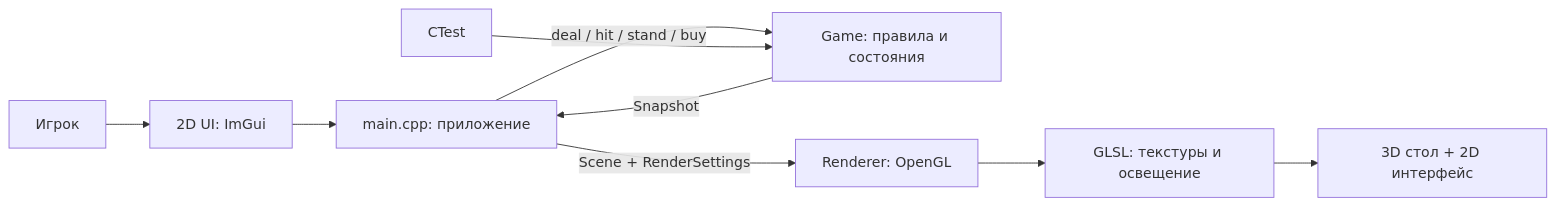
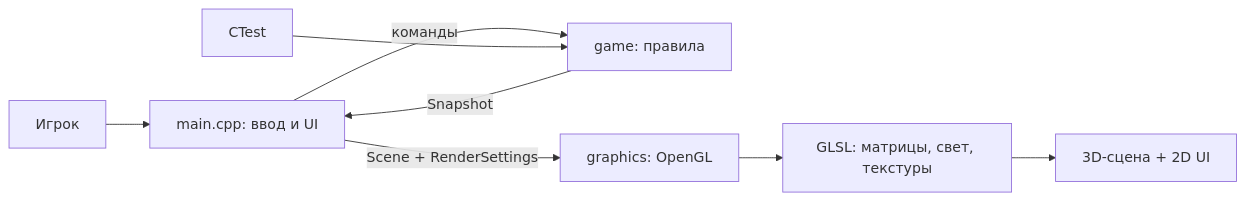
One commit to F1j1tun1/Final-Project-CGF changed the first of 2 diagrams in docs/ARCHITECTURE.md. Above: the diagram before and after it, drawn with Mermaid. The commit also changed other lines of this file and 27 other files, not shown here.

````diff
--- a/docs/ARCHITECTURE.md
+++ b/docs/ARCHITECTURE.md
@@ -20,11 +16,10 @@
 ```mermaid
 flowchart LR
-    User[Игрок] --> UI[2D UI: ImGui]
-    UI --> App[main.cpp: приложение]
-    App -->|deal / hit / stand / buy| Game[Game: правила и состояния]
+    User[Игрок] --> App[main.cpp: ввод и UI]
+    App -->|команды| Game[game: правила]
     Game -->|Snapshot| App
-    App -->|Scene + RenderSettings| Renderer[Renderer: OpenGL]
-    Renderer --> Shader[GLSL: текстуры и освещение]
-    Shader --> Frame[3D стол + 2D интерфейс]
+    App -->|Scene + RenderSettings| Renderer[graphics: OpenGL]
+    Renderer --> GLSL[GLSL: матрицы, свет, текстуры]
+    GLSL --> Frame[3D-сцена + 2D UI]
     Tests[CTest] --> Game
 ```
````
